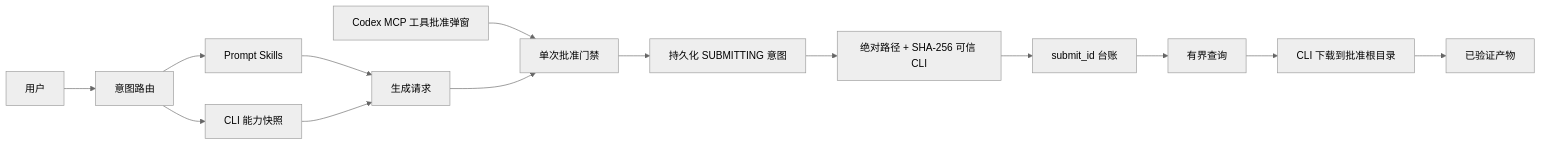
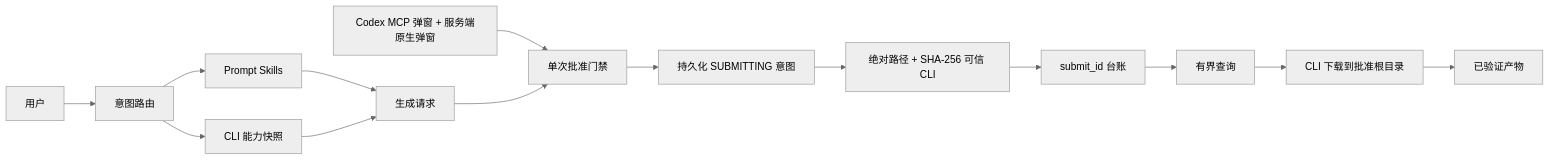
Before and after one commit to full-aigc-plugins/dreamina-design-plugin: the diagram in docs/Codex-Dreamina-Design-Plugin-Architecture.zh_CN.md, drawn with Mermaid (neutral theme). The commit also changed other lines of this file and 16 other files, not shown here.

````diff
--- a/docs/Codex-Dreamina-Design-Plugin-Architecture.zh_CN.md
+++ b/docs/Codex-Dreamina-Design-Plugin-Architecture.zh_CN.md
@@ -7,16 +7,16 @@
 ```mermaid
 flowchart LR
     User[用户] --> Router[意图路由]
     Router --> Prompt[Prompt Skills]
     Router --> Capability[CLI 能力快照]
     Prompt --> Request[生成请求]
     Capability --> Request
-    UI[Codex MCP 工具批准弹窗] --> Approval[单次批准门禁]
+    UI[Codex MCP 弹窗 + 服务端原生弹窗] --> Approval[单次批准门禁]
     Request --> Approval
     Approval --> Intent[持久化 SUBMITTING 意图]
     Intent --> CLI[绝对路径 + SHA-256 可信 CLI]
     CLI --> Ledger[submit_id 台账]
     Ledger --> Query[有界查询]
     Query --> Download[CLI 下载到批准根目录]
     Download --> Artifact[已验证产物]
 ```
````
